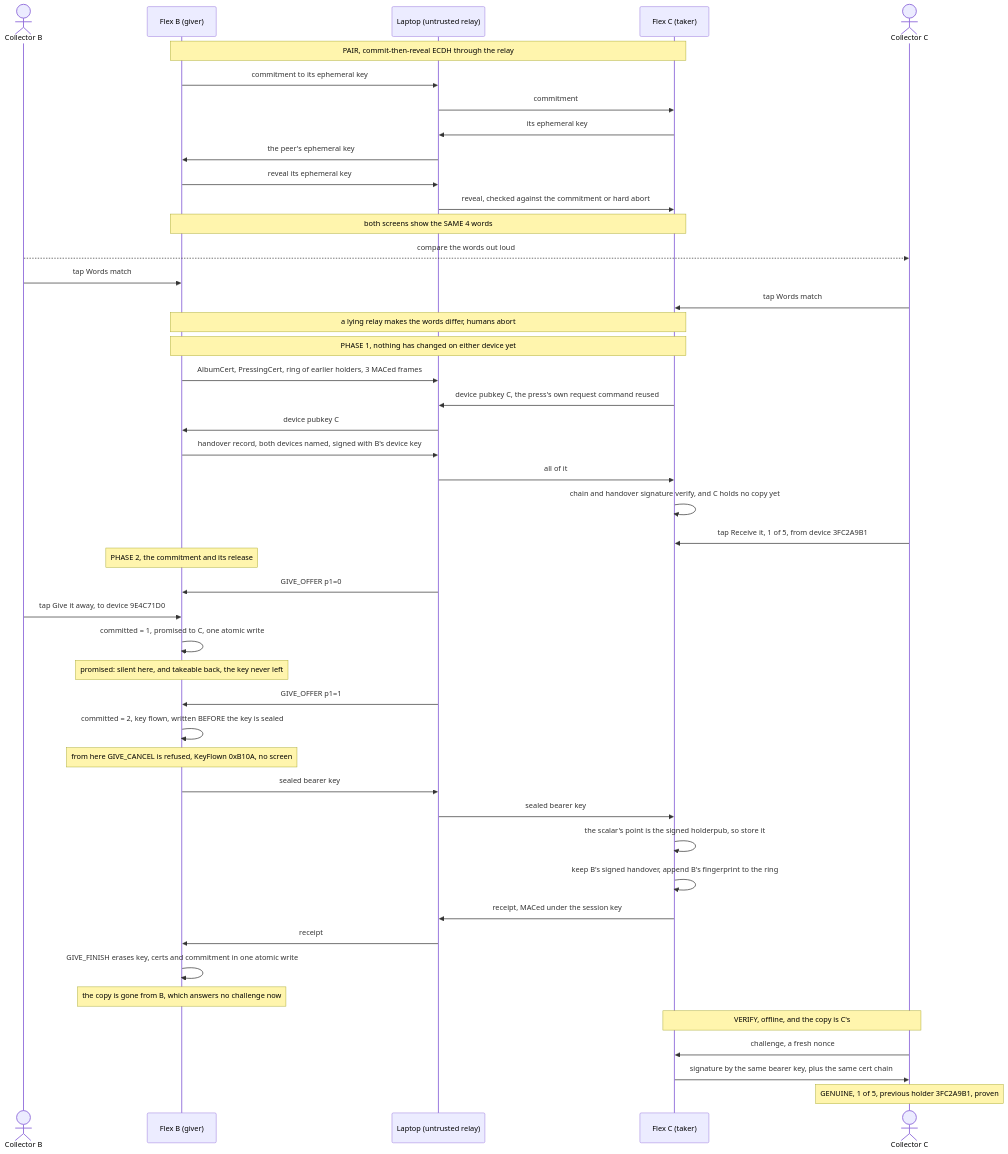
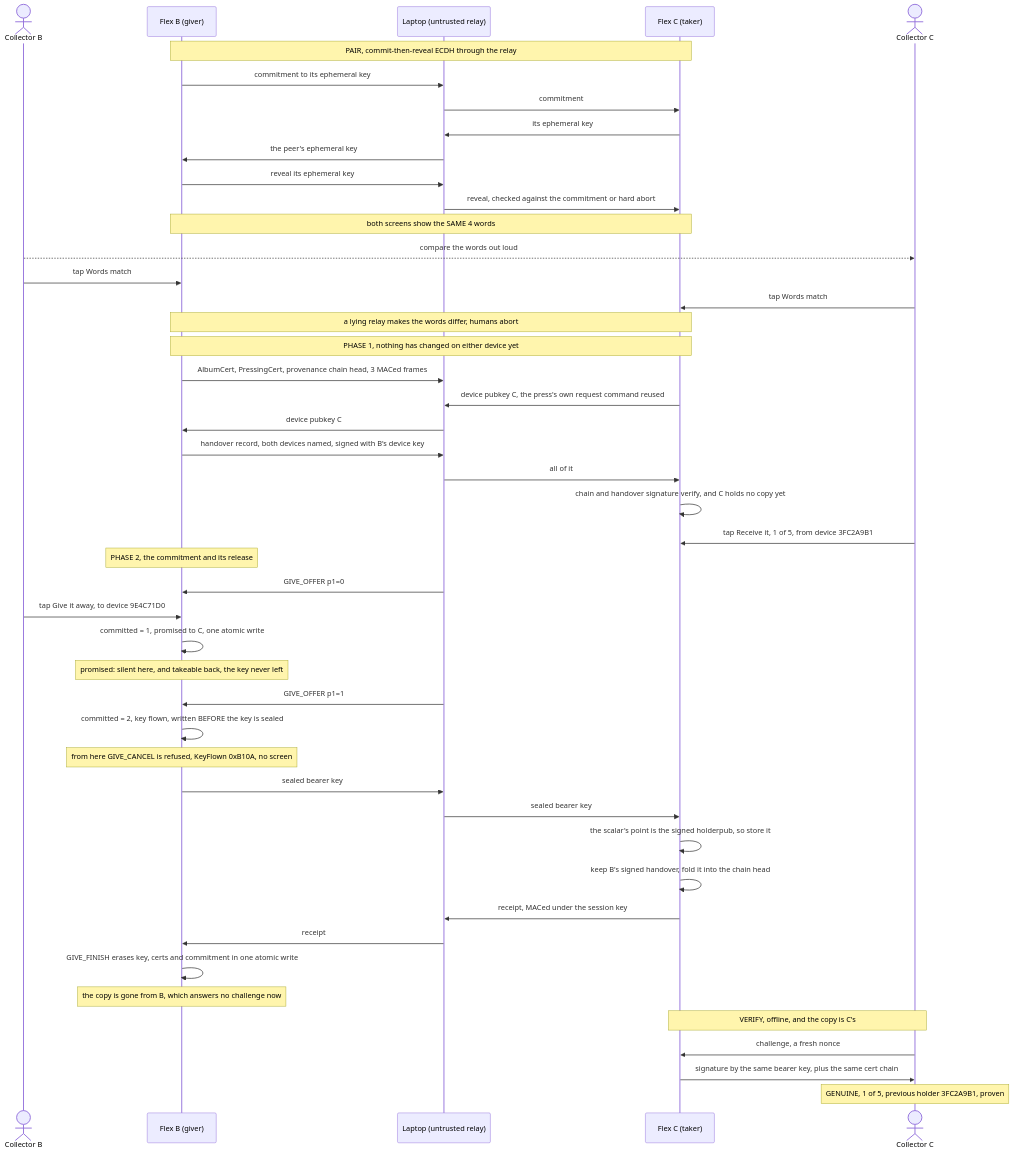
The second of 2 diagrams in README.md (s0lness/enclave-records), drawn with Mermaid before and after one commit. The commit also changed other lines of this file and 13 other files, not shown here.

````diff
--- a/README.md
+++ b/README.md
@@ -142,52 +142,52 @@
 ```mermaid
 sequenceDiagram
     actor BH as Collector B
     participant B as Flex B (giver)
     participant R as Laptop (untrusted relay)
     participant C as Flex C (taker)
     actor CH as Collector C
 
     Note over B,C: PAIR, commit-then-reveal ECDH through the relay
     B->>R: commitment to its ephemeral key
     R->>C: commitment
     C->>R: its ephemeral key
     R->>B: the peer's ephemeral key
     B->>R: reveal its ephemeral key
     R->>C: reveal, checked against the commitment or hard abort
     Note over B,C: both screens show the SAME 4 words
     BH-->>CH: compare the words out loud
     BH->>B: tap Words match
     CH->>C: tap Words match
     Note over B,C: a lying relay makes the words differ, humans abort
 
     Note over B,C: PHASE 1, nothing has changed on either device yet
-    B->>R: AlbumCert, PressingCert, ring of earlier holders, 3 MACed frames
+    B->>R: AlbumCert, PressingCert, provenance chain head, 3 MACed frames
     C->>R: device pubkey C, the press's own request command reused
     R->>B: device pubkey C
     B->>R: handover record, both devices named, signed with B's device key
     R->>C: all of it
     C->>C: chain and handover signature verify, and C holds no copy yet
     CH->>C: tap Receive it, 1 of 5, from device 3FC2A9B1
 
     Note over B: PHASE 2, the commitment and its release
     R->>B: GIVE_OFFER p1=0
     BH->>B: tap Give it away, to device 9E4C71D0
     B->>B: committed = 1, promised to C, one atomic write
     Note over B: promised: silent here, and takeable back, the key never left
     R->>B: GIVE_OFFER p1=1
     B->>B: committed = 2, key flown, written BEFORE the key is sealed
     Note over B: from here GIVE_CANCEL is refused, KeyFlown 0xB10A, no screen
     B->>R: sealed bearer key
     R->>C: sealed bearer key
     C->>C: the scalar's point is the signed holderpub, so store it
-    C->>C: keep B's signed handover, append B's fingerprint to the ring
+    C->>C: keep B's signed handover, fold it into the chain head
     C->>R: receipt, MACed under the session key
     R->>B: receipt
     B->>B: GIVE_FINISH erases key, certs and commitment in one atomic write
     Note over B: the copy is gone from B, which answers no challenge now
 
     Note over CH,C: VERIFY, offline, and the copy is C's
     CH->>C: challenge, a fresh nonce
     C->>CH: signature by the same bearer key, plus the same cert chain
     Note over CH: GENUINE, 1 of 5, previous holder 3FC2A9B1, proven
 ```
````
